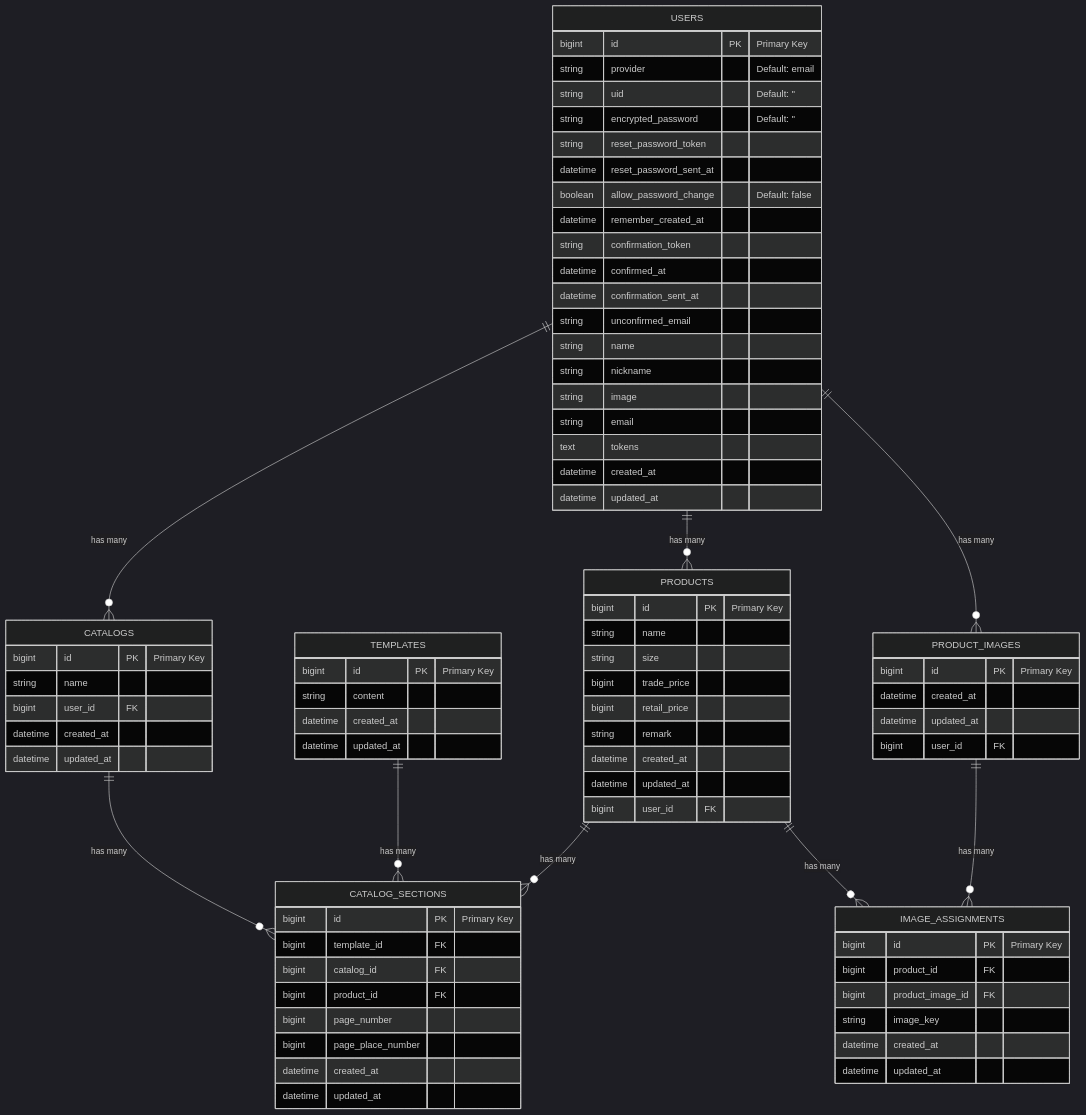
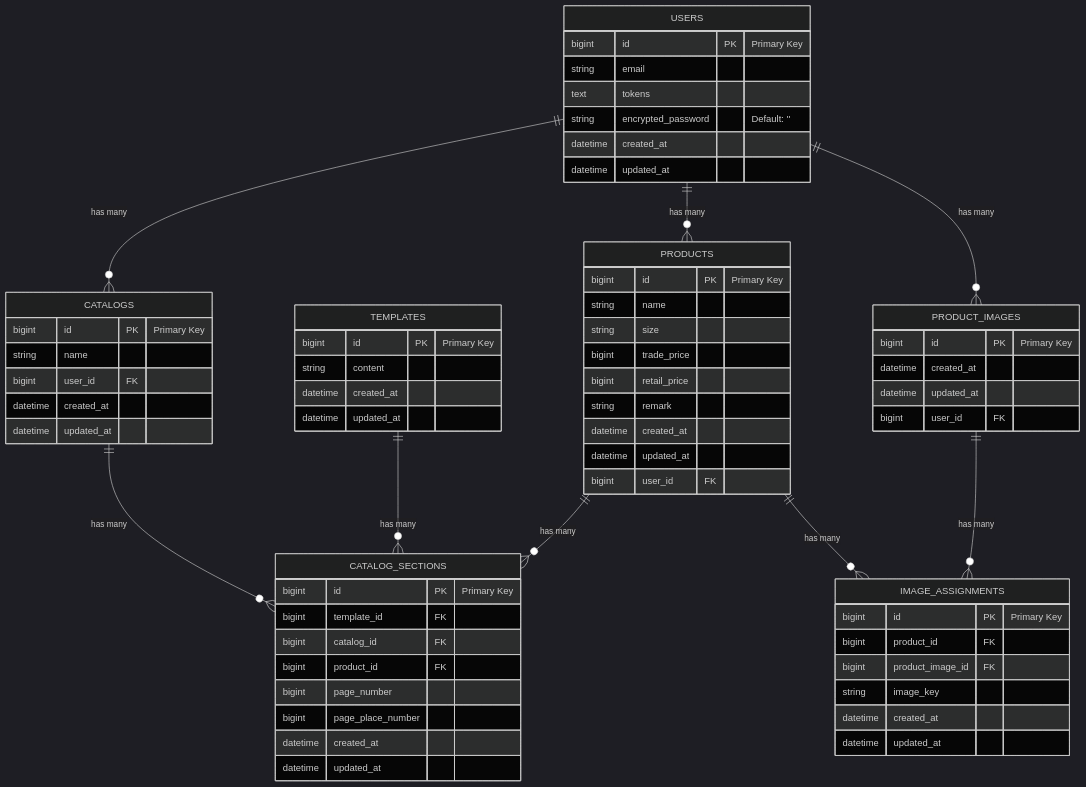
The diagram in README.md (setodeve/CatalogEasy), drawn with Mermaid (dark theme) before and after one commit.

```diff
--- a/README.md
+++ b/README.md
@@ -116,22 +116,9 @@
 erDiagram
     USERS {
         bigint id PK "Primary Key"
-        string provider "Default: email"
-        string uid "Default: ''"
-        string encrypted_password "Default: ''"
-        string reset_password_token
-        datetime reset_password_sent_at
-        boolean allow_password_change "Default: false"
-        datetime remember_created_at
-        string confirmation_token
-        datetime confirmed_at
-        datetime confirmation_sent_at
-        string unconfirmed_email
-        string name
-        string nickname
-        string image
         string email
         text tokens
+        string encrypted_password "Default: ''"
         datetime created_at
         datetime updated_at
     }
```
